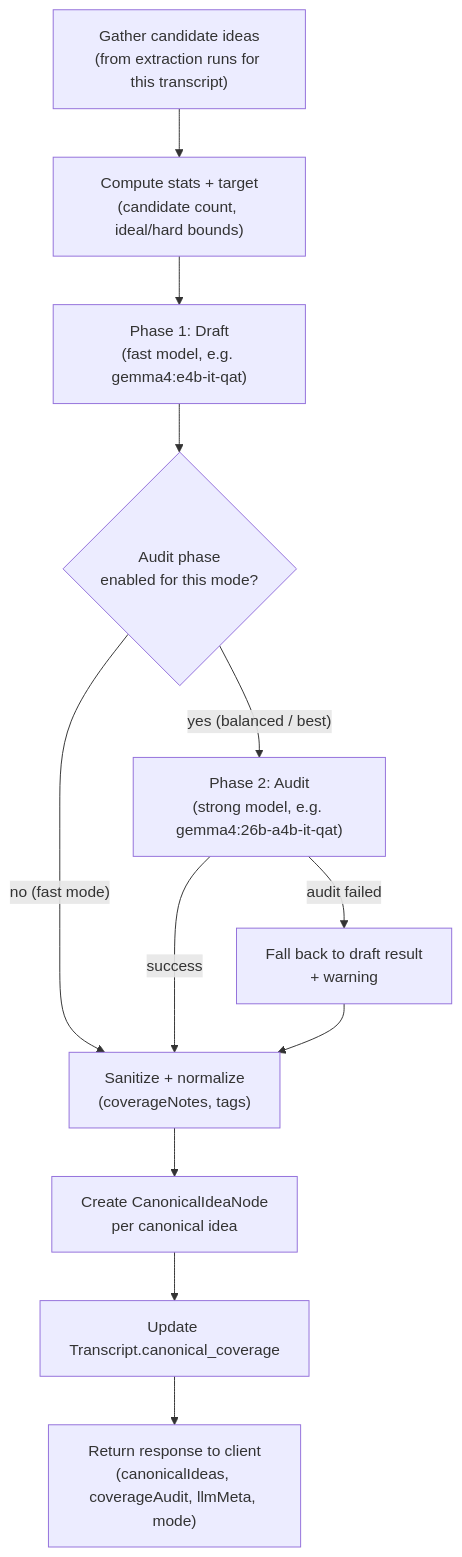
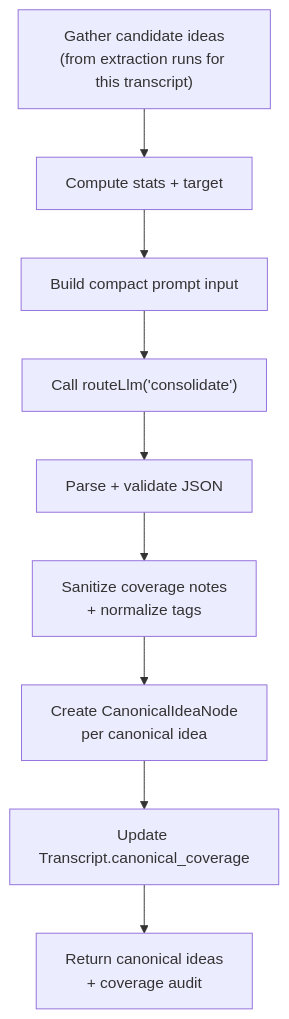
The second of 3 diagrams in docs/08_CANONICAL_IDEA_CONSOLIDATION.md (finografic/llaab), drawn with Mermaid before and after one commit. The commit also changed other lines of this file and 8 other files, not shown here.

````diff
--- a/docs/08_CANONICAL_IDEA_CONSOLIDATION.md
+++ b/docs/08_CANONICAL_IDEA_CONSOLIDATION.md
@@ -52,14 +50,11 @@
 ```mermaid
 flowchart TD
-  A["Gather candidate ideas\n(from extraction runs for this transcript)"] --> B["Compute stats + target\n(candidate count, ideal/hard bounds)"]
-  B --> C["Phase 1: Draft\n(fast model, e.g. gemma4:e4b-it-qat)"]
-  C --> D{"Audit phase\nenabled for this mode?"}
-  D -- "no (fast mode)" --> F
-  D -- "yes (balanced / best)" --> E["Phase 2: Audit\n(strong model, e.g. gemma4:26b-a4b-it-qat)"]
-  E -- "success" --> F["Sanitize + normalize\n(coverageNotes, tags)"]
-  E -- "audit failed" --> F2["Fall back to draft result\n+ warning"]
-  F2 --> F
+  A["Gather candidate ideas\n(from extraction runs for this transcript)"] --> B["Compute stats + target"]
+  B --> C["Build compact prompt input"]
+  C --> D["Call routeLlm('consolidate')"]
+  D --> E["Parse + validate JSON"]
+  E --> F["Sanitize coverage notes\n+ normalize tags"]
   F --> G["Create CanonicalIdeaNode\nper canonical idea"]
   G --> H["Update Transcript.canonical_coverage"]
-  H --> I["Return response to client\n(canonicalIdeas, coverageAudit, llmMeta, mode)"]
+  H --> I["Return canonical ideas\n+ coverage audit"]
 ```
````
